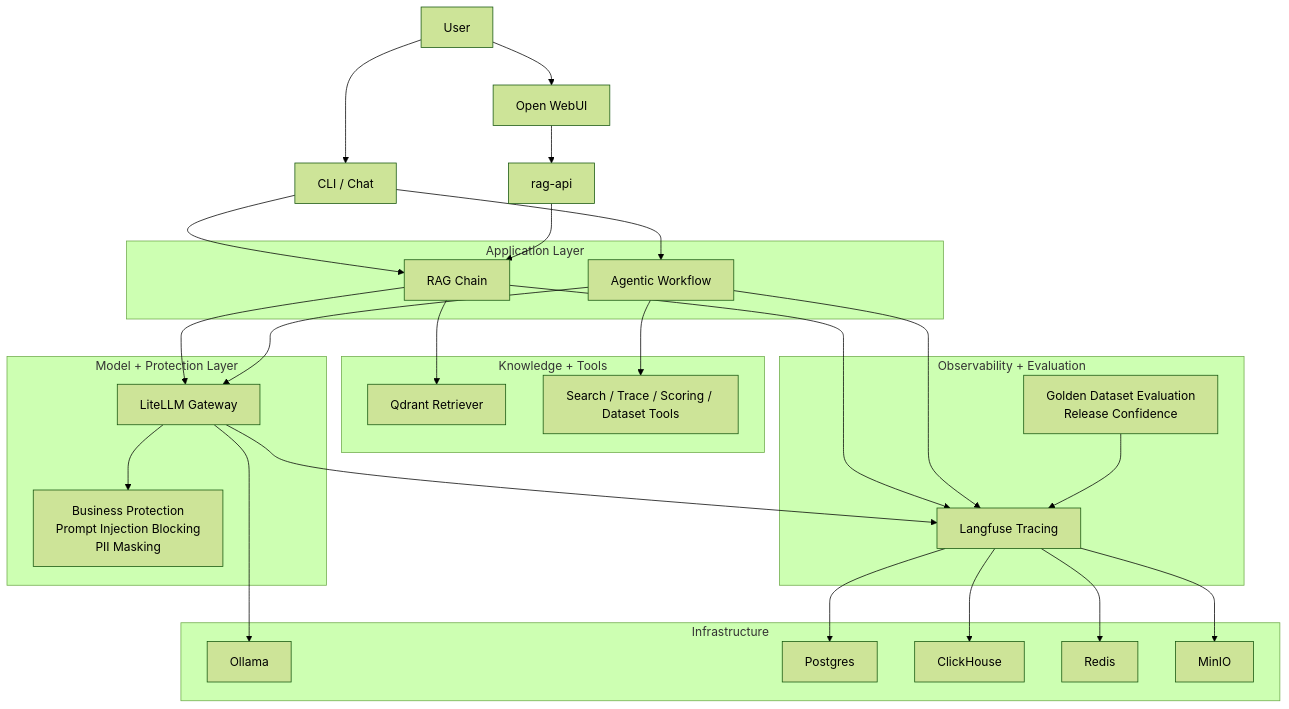
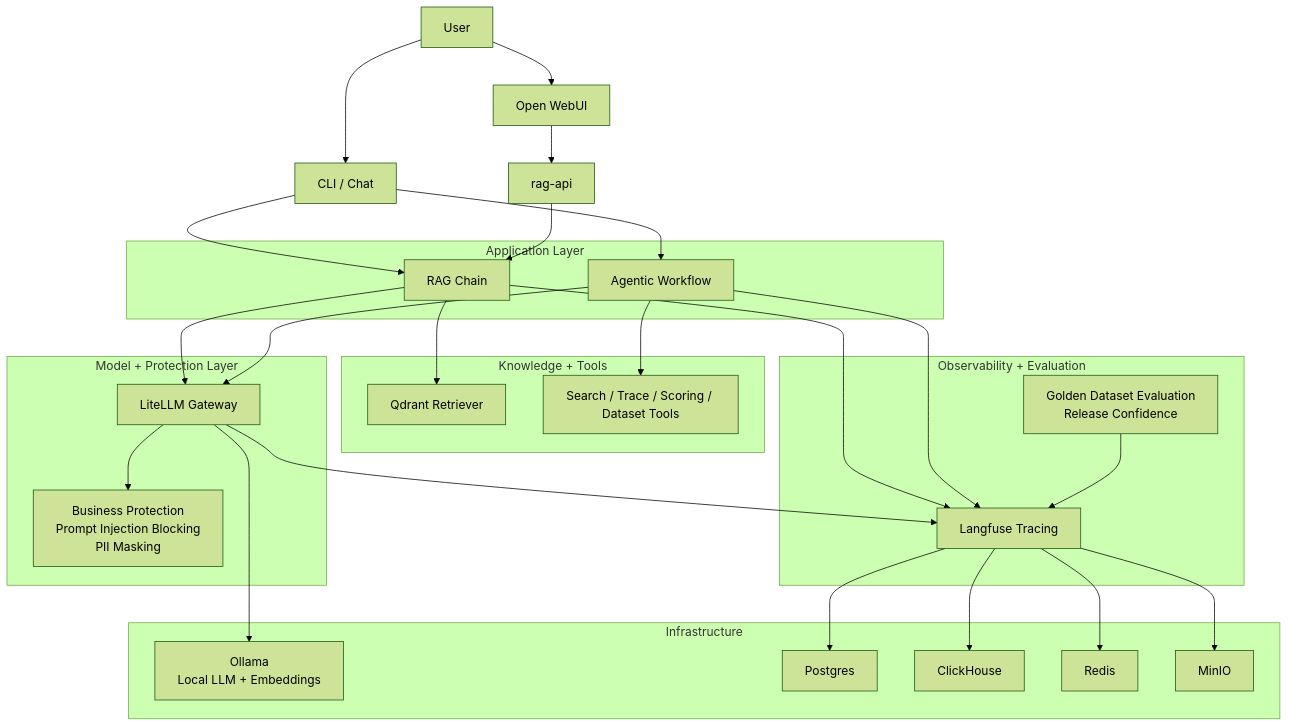
The diagram in README.md (glaborie/agentguard), drawn with Mermaid (forest theme) before and after one commit. The commit also changed other lines of this file, not shown here.

Commit message:
Clarify Ollama supports local LLMs and embeddings

````diff
--- a/README.md
+++ b/README.md
@@ -45,59 +45,59 @@
 ```mermaid
 flowchart TD
     U[User]
     CLI[CLI / Chat]
     WEB[Open WebUI]
     API[rag-api]
 
     U --> CLI
     U --> WEB
     WEB --> API
     CLI --> RAG
     CLI --> AGENT
     API --> RAG
 
     subgraph App["Application Layer"]
         RAG[RAG Chain]
         AGENT[Agentic Workflow]
     end
 
     subgraph Knowledge["Knowledge + Tools"]
         Q[Qdrant Retriever]
         TOOLS[Search / Trace / Scoring / Dataset Tools]
     end
 
     subgraph Model["Model + Protection Layer"]
         LLM[LiteLLM Gateway]
         PROTECT[Business Protection<br/>Prompt Injection Blocking<br/>PII Masking]
     end
 
     subgraph Ops["Observability + Evaluation"]
         LF[Langfuse Tracing]
         EVAL[Golden Dataset Evaluation<br/>Release Confidence]
     end
 
     RAG --> Q
     RAG --> LLM
     AGENT --> TOOLS
     AGENT --> LLM
 
     LLM --> PROTECT
     RAG --> LF
     AGENT --> LF
     LLM --> LF
     EVAL --> LF
 
     subgraph Infra["Infrastructure"]
-        OLLAMA[Ollama]
+        OLLAMA[Ollama<br/>Local LLM + Embeddings]
         PG[Postgres]
         CH[ClickHouse]
         REDIS[Redis]
         MINIO[MinIO]
     end
 
     LLM --> OLLAMA
     LF --> PG
     LF --> CH
     LF --> REDIS
     LF --> MINIO
 ```
````
